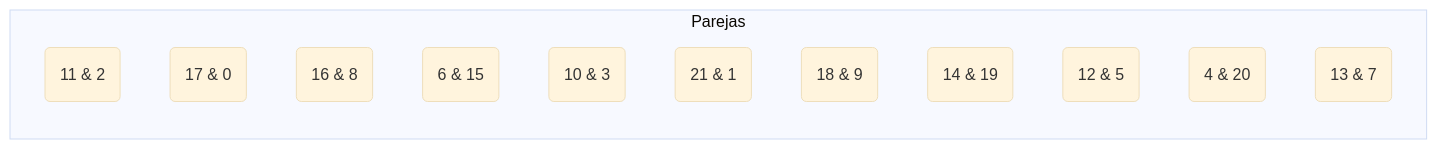
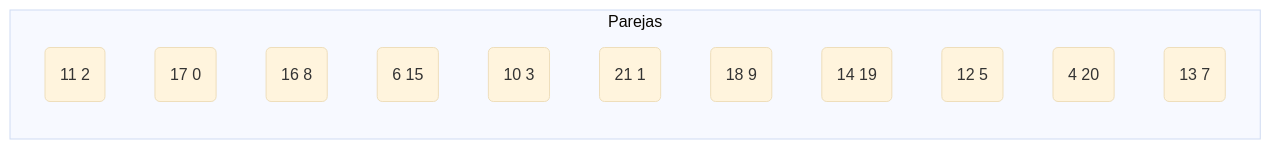
One commit to luismiguelcasadodiaz/CPP_09 changed the second of 5 diagrams in ford.md. Above: the diagram before and after it, drawn with Mermaid (base theme). The commit also changed other lines of this file, not shown here.

First line of the commit message:
Refactor pairs and add split sequences in ford.md

````diff
--- a/ford.md
+++ b/ford.md
@@ -29,16 +29,16 @@
 ```mermaid
 graph LR
     subgraph Parejas
-        P1(11 & 2)
-        P2(17 & 0)
-        P3(16 & 8)
-        P4(6 & 15)
-        P5(10 & 3)
-        P6(21 & 1)
-        P7(18 & 9)
-        P8(14 & 19)
-        P9(12 & 5)
-        P10(4 & 20)
-        P11(13 & 7)
+        P1(11 2)
+        P2(17 0)
+        P3(16 8)
+        P4(6 15)
+        P5(10 3)
+        P6(21 1)
+        P7(18 9)
+        P8(14 19)
+        P9(12 5)
+        P10(4 20)
+        P11(13 7)
     end
 ```
````
